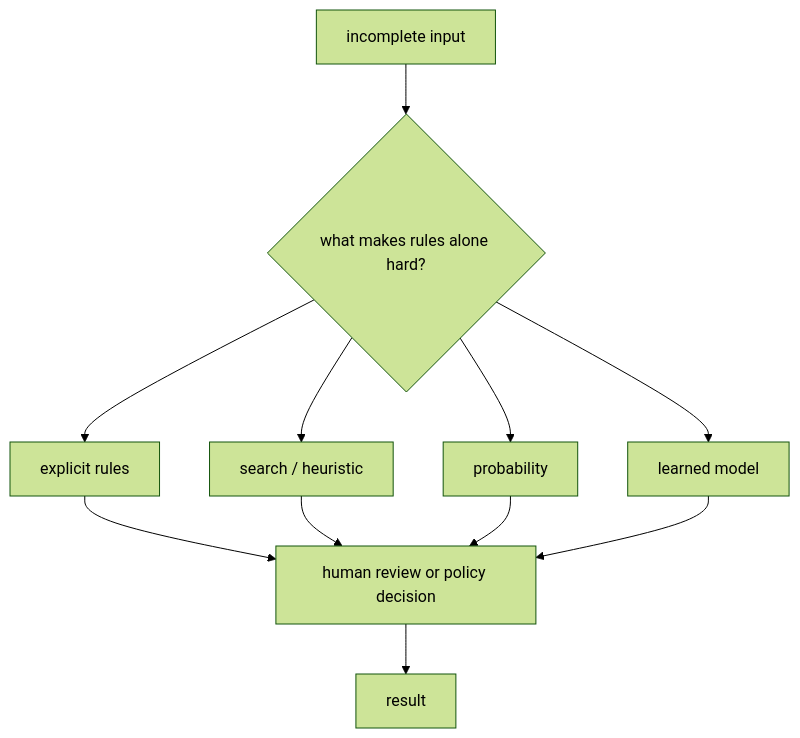
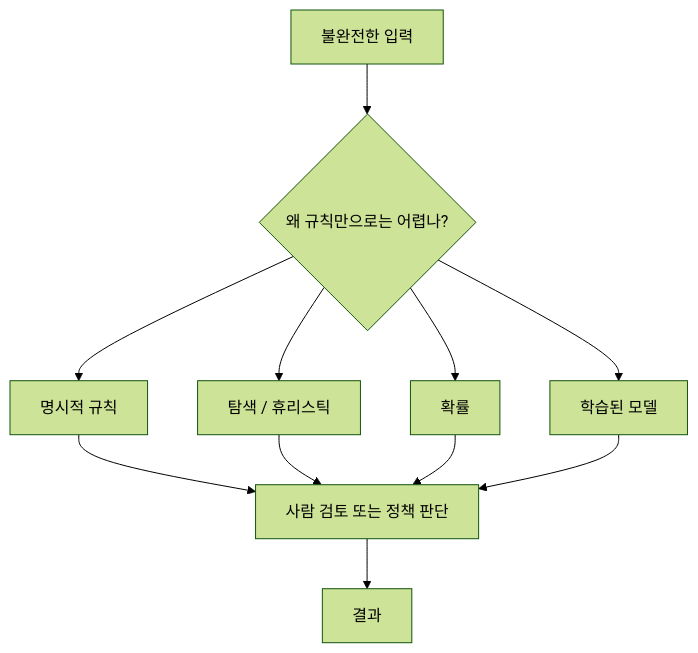
Before and after one commit to devchan64/AiBook: the diagram in docs/parts/part-01/chapter-06/section-01.md, drawn with Mermaid (forest theme). The commit also changed other lines of this file and 13 other files, not shown here.

Commit message:
Translate Part 1 Korean diagrams

````diff
--- a/docs/parts/part-01/chapter-06/section-01.md
+++ b/docs/parts/part-01/chapter-06/section-01.md
@@ -148,17 +148,17 @@
 ```mermaid
 flowchart TD
-  I["incomplete input"]
-  J{"what makes rules alone hard?"}
+  I["불완전한 입력"]
+  J{"왜 규칙만으로는 어렵나?"}
 
   I --> J
-  J --> R["explicit rules"]
-  J --> S["search / heuristic"]
-  J --> P["probability"]
-  J --> L["learned model"]
+  J --> R["명시적 규칙"]
+  J --> S["탐색 / 휴리스틱"]
+  J --> P["확률"]
+  J --> L["학습된 모델"]
 
-  R --> H["human review or policy decision"]
+  R --> H["사람 검토 또는 정책 판단"]
   S --> H
   P --> H
   L --> H
-  H --> O["result"]
+  H --> O["결과"]
 ```
````
